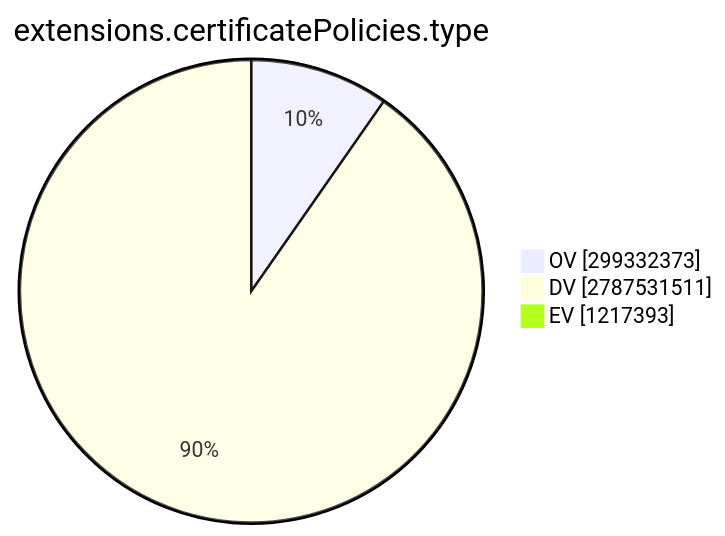
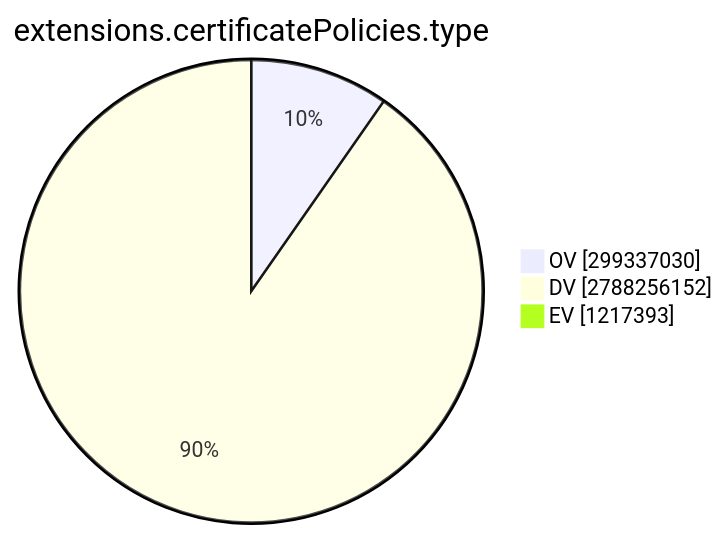
The ninth of 15 diagrams in TOTAL/README.md (christiankrug/ctmonitor_visualization), drawn with Mermaid before and after one commit. The commit also changed other lines of this file, not shown here.

````diff
--- a/TOTAL/README.md
+++ b/TOTAL/README.md
@@ -3101,7 +3101,7 @@
 ```mermaid
 pie showData
 title extensions.certificatePolicies.type
-"OV" :299332373
-"DV" :2787531511
+"OV" :299337030
+"DV" :2788256152
 "EV" :1217393
 ```
````
